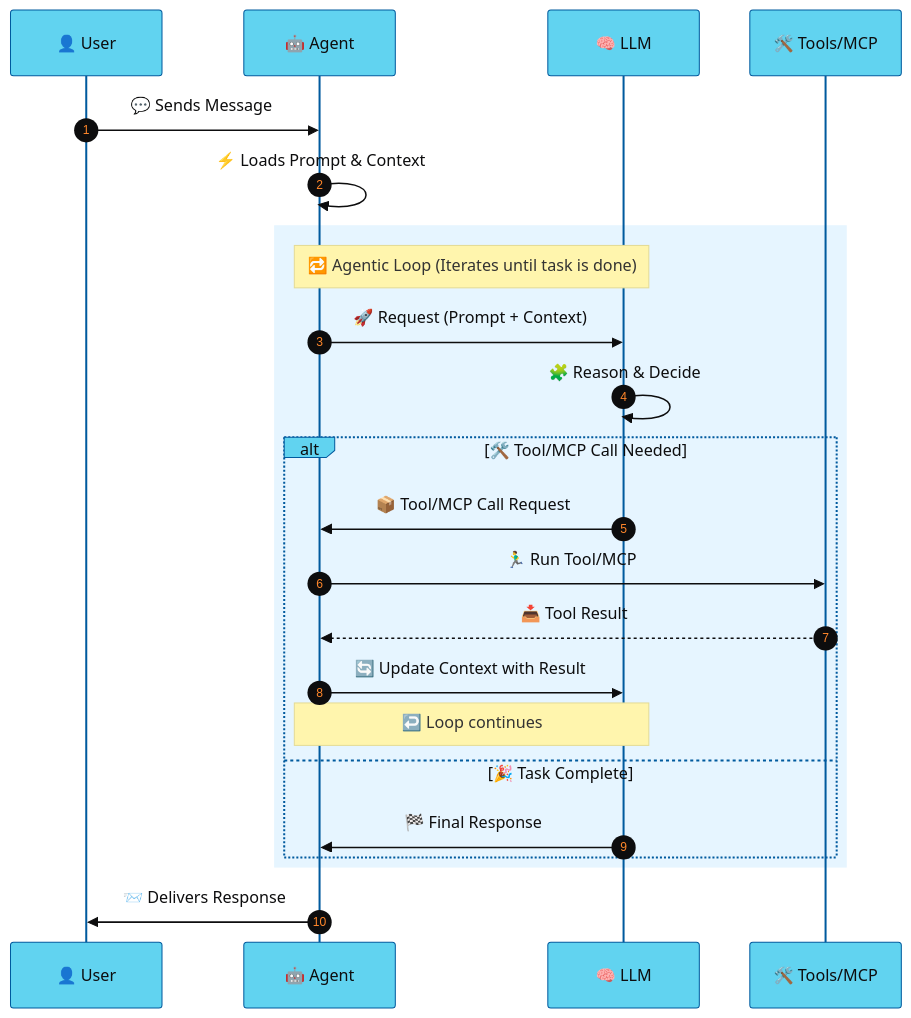
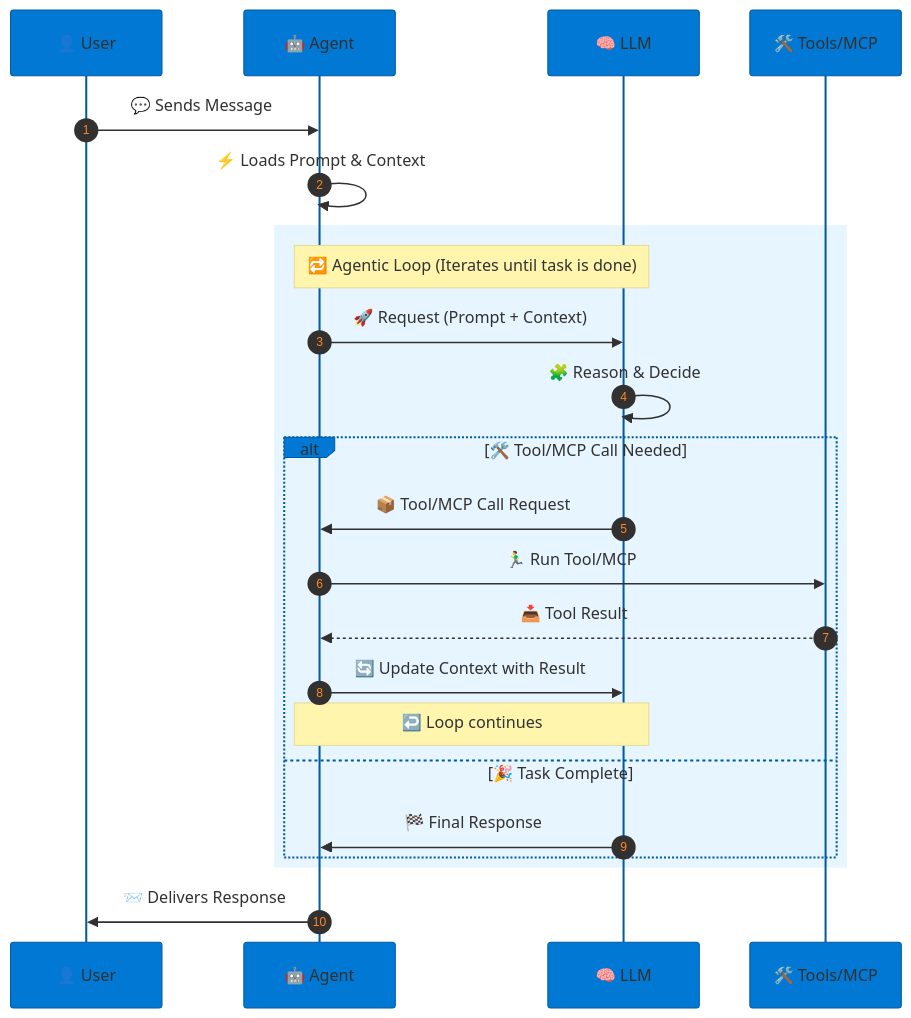
One commit to ajeetchouksey/ajch_prep_ab_100 changed the fourth of 5 diagrams in 01_Plan_AI_Powered_Business_Solutions/01a-01-foundation-concepts.md. Above: the diagram before and after it, drawn with Mermaid. The commit also changed 8 other files, not shown here.

````diff
--- a/01_Plan_AI_Powered_Business_Solutions/01a-01-foundation-concepts.md
+++ b/01_Plan_AI_Powered_Business_Solutions/01a-01-foundation-concepts.md
@@ -306,31 +306,31 @@
 ```mermaid
-%%{init: {'theme':'base', 'themeVariables': { 'primaryColor':'#61d3f0ff','primaryTextColor':'#0d0d0eff','primaryBorderColor':'#005a9e','lineColor':'#0078d4','secondaryColor':'#00bcf2','tertiaryColor':'#50e6ff','fontSize':'15px','fontFamily':'Segoe UI, sans-serif','clusterBkg':'#f3f2f1','clusterBorder':'#0078d4','edgeLabelBackground':'#ffffff'}}}%%
+%%{init: {'theme':'base', 'themeVariables': { 'primaryColor':'#0078d4','primaryTextColor':'#323130','primaryBorderColor':'#005a9e','lineColor':'#0078d4','secondaryColor':'#00bcf2','tertiaryColor':'#50e6ff','fontSize':'14px','fontFamily':'Segoe UI, sans-serif','clusterBkg':'#f3f2f1','clusterBorder':'#0078d4','edgeLabelBackground':'#ffffff'}}}%%
 sequenceDiagram
     autonumber
     participant User as 👤 User
     participant Agent as 🤖 Agent
     participant LLM as 🧠 LLM
     participant Tools as 🛠️ Tools/MCP
 
     User->>Agent: 💬 Sends Message
     Agent->>Agent: ⚡ Loads Prompt & Context
 
     rect rgb(230,245,255)
         Note over Agent,LLM: 🔁 Agentic Loop (Iterates until task is done)
         
         Agent->>LLM: 🚀 Request (Prompt + Context)
         LLM->>LLM: 🧩 Reason & Decide
 
         alt 🛠️ Tool/MCP Call Needed
             LLM->>Agent: 📦 Tool/MCP Call Request
             Agent->>Tools: 🏃‍♂️ Run Tool/MCP
             Tools-->>Agent: 📥 Tool Result
             Agent->>LLM: 🔄 Update Context with Result
             Note over Agent,LLM: ↩️ Loop continues
         else 🎉 Task Complete
             LLM->>Agent: 🏁 Final Response
         end
     end
 
     Agent->>User: 📨 Delivers Response
 ```
````
